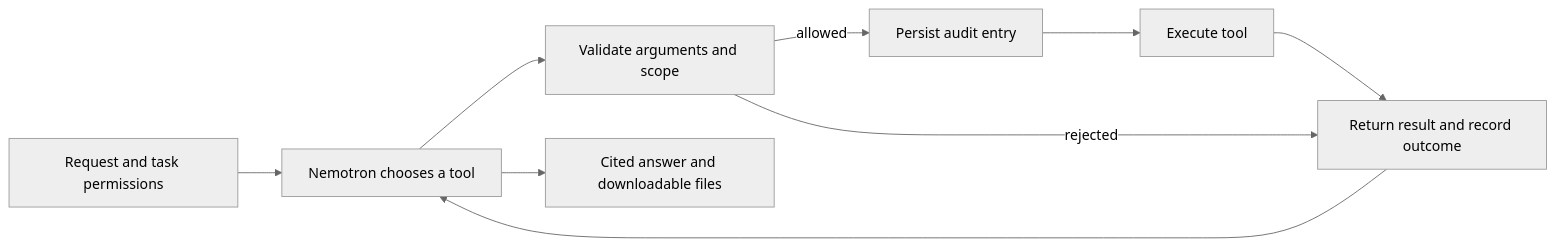
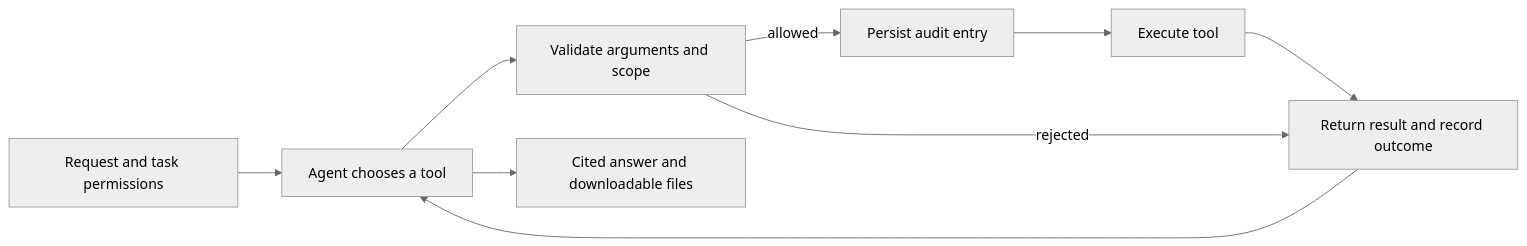
The diagram in docs/AUTONOMOUS_TOOLS.md (Agneypraseed/NemoDoc), drawn with Mermaid (neutral theme) before and after one commit. The commit also changed other lines of this file and 33 other files, not shown here.

````diff
--- a/docs/AUTONOMOUS_TOOLS.md
+++ b/docs/AUTONOMOUS_TOOLS.md
@@ -5,11 +5,11 @@
 ```mermaid
 flowchart LR
-  A[Request and task permissions] --> B[Nemotron chooses a tool]
+  A[Request and task permissions] --> B[Agent chooses a tool]
   B --> C[Validate arguments and scope]
   C -->|allowed| D[Persist audit entry]
   D --> E[Execute tool]
   E --> F[Return result and record outcome]
   F --> B
   C -->|rejected| F
   B --> G[Cited answer and downloadable files]
 ```
````
